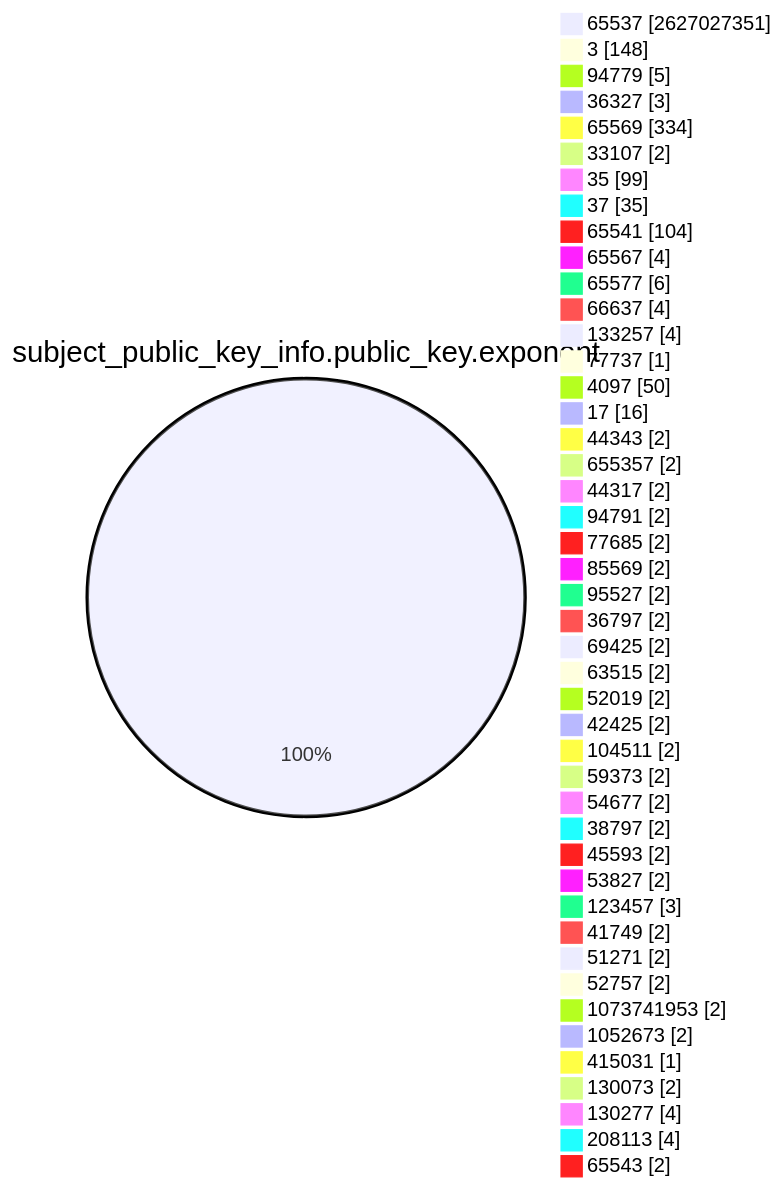
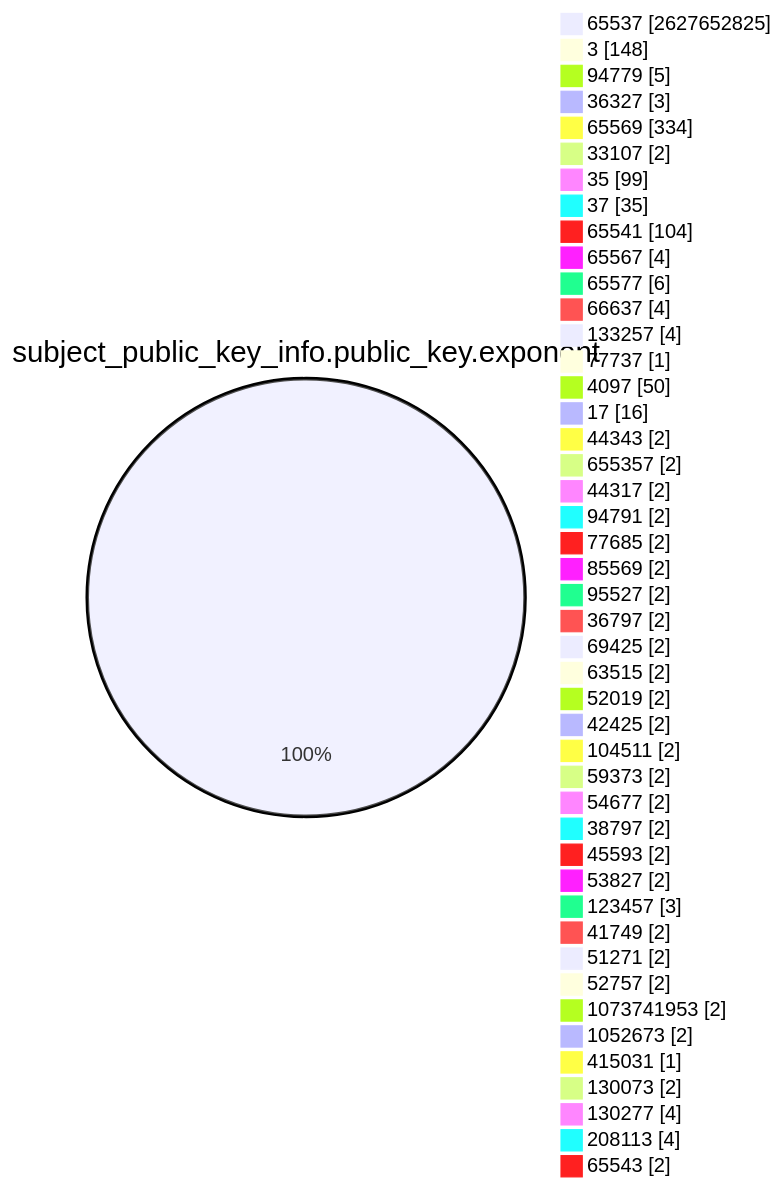
The fourth of 15 diagrams in TOTAL/README.md (christiankrug/ctmonitor_visualization), drawn with Mermaid before and after one commit. The commit also changed other lines of this file, not shown here.

````diff
--- a/TOTAL/README.md
+++ b/TOTAL/README.md
@@ -1467,49 +1467,49 @@
 ```mermaid
 pie showData
 title subject_public_key_info.public_key.exponent
-"65537" :2627027351
+"65537" :2627652825
 "3" :148
 "94779" :5
 "36327" :3
 "65569" :334
 "33107" :2
 "35" :99
 "37" :35
 "65541" :104
 "65567" :4
 "65577" :6
 "66637" :4
 "133257" :4
 "77737" :1
 "4097" :50
 "17" :16
 "44343" :2
 "655357" :2
 "44317" :2
 "94791" :2
 "77685" :2
 "85569" :2
 "95527" :2
 "36797" :2
 "69425" :2
 "63515" :2
 "52019" :2
 "42425" :2
 "104511" :2
 "59373" :2
 "54677" :2
 "38797" :2
 "45593" :2
 "53827" :2
 "123457" :3
 "41749" :2
 "51271" :2
 "52757" :2
 "1073741953" :2
 "1052673" :2
 "415031" :1
 "130073" :2
 "130277" :4
 "208113" :4
 "65543" :2
 ```
````
